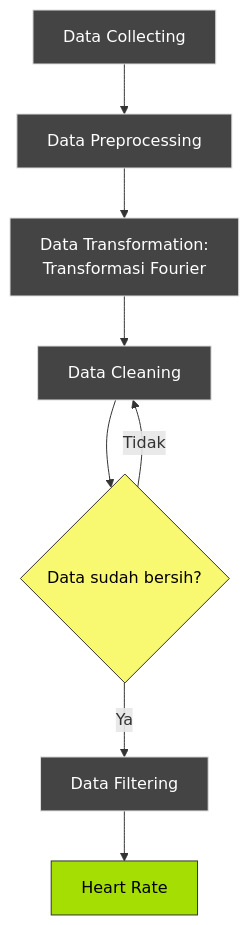
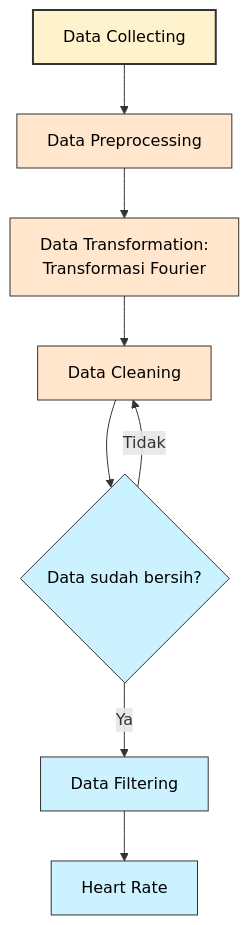
Before and after one commit to yulianaAzizah/trial: the diagram in flowchart.md, drawn with Mermaid.

````diff
--- a/flowchart.md
+++ b/flowchart.md
@@ -1,17 +1,31 @@
 ```mermaid
 flowchart TD
-    classDef process fill:#444444,stroke:#ddd,color:#fff,stroke-width:1px;
-    classDef decision fill:#f9f871,stroke:#333,color:#000,stroke-width:1px;
-    classDef output fill:#a4de02,stroke:#333,color:#000,stroke-width:1px;
+  A[Data Collecting]
+  B1[Data Preprocessing]
+  C1[Data Transformation:<br>Transformasi Fourier]
+  C2[Data Cleaning]
+  B2{Data sudah bersih?}
+  C3[Data Filtering]
+  C4[Heart Rate]
 
-    A[Data Collecting]:::process --> B[Data Preprocessing]:::process
-    B --> C[Data Transformation:<br>Transformasi Fourier]:::process
-    C --> D[Data Cleaning]:::process
-    D --> E{Data sudah bersih?}:::decision
+  %% Alur
+  A --> B1
+  B1 --> C1
+  C1 --> C2
+  C2 --> B2
+  B2 -- Ya --> C3
+  C3 --> C4
+  B2 -- Tidak --> C2
 
-    E -- Ya --> F[Data Filtering]:::process
-    F --> G[Heart Rate]:::output
+  %% Assign classes
+  class B1,C1,C2 background;
+  class B2,C3,C4 background2;
+  class A title;
 
-    E -- Tidak --> D
+  %% Define background styles
+  classDef background fill:#ffe6cc,color:#000,stroke:#333,stroke-width:1px;
+  classDef background2 fill:#ccf2ff,color:#000,stroke:#333,stroke-width:1px;
+  classDef title fill:#fff3cd,color:#000,stroke:#333,stroke-width:2px;
+
 
 ```
````
